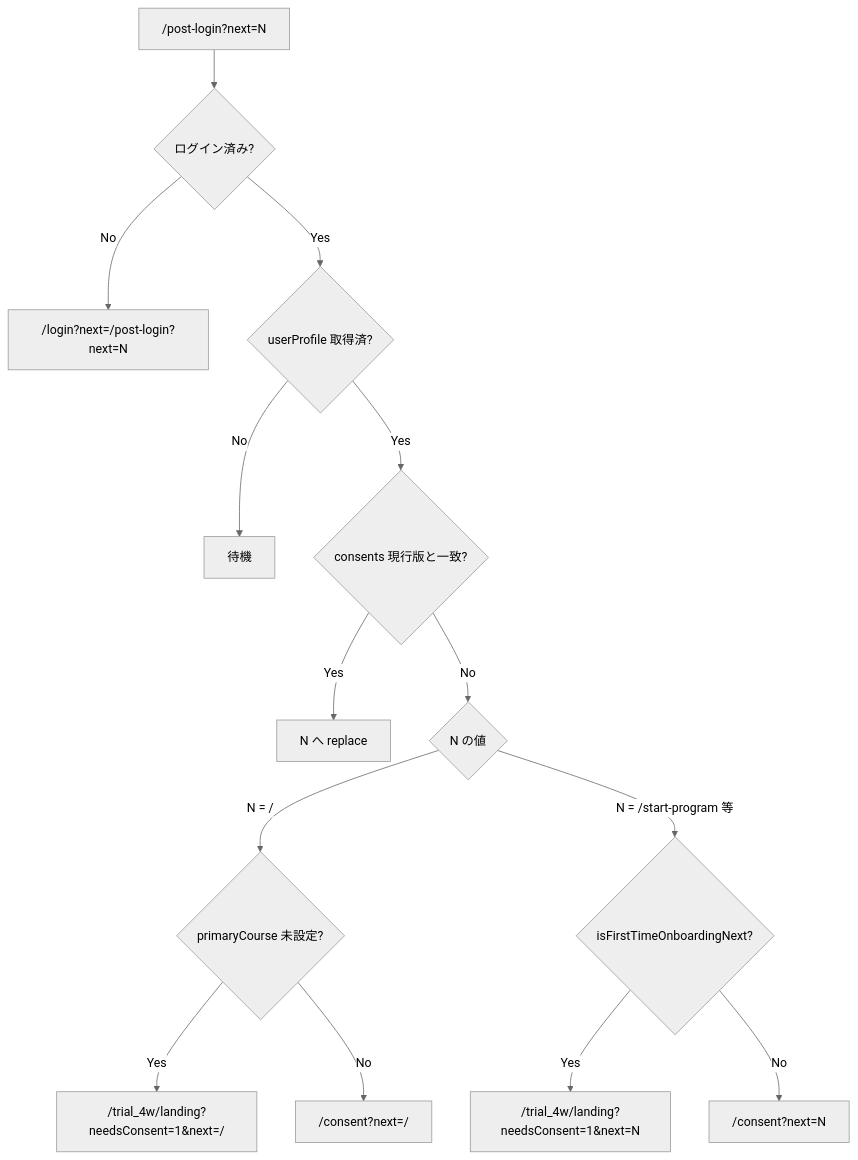
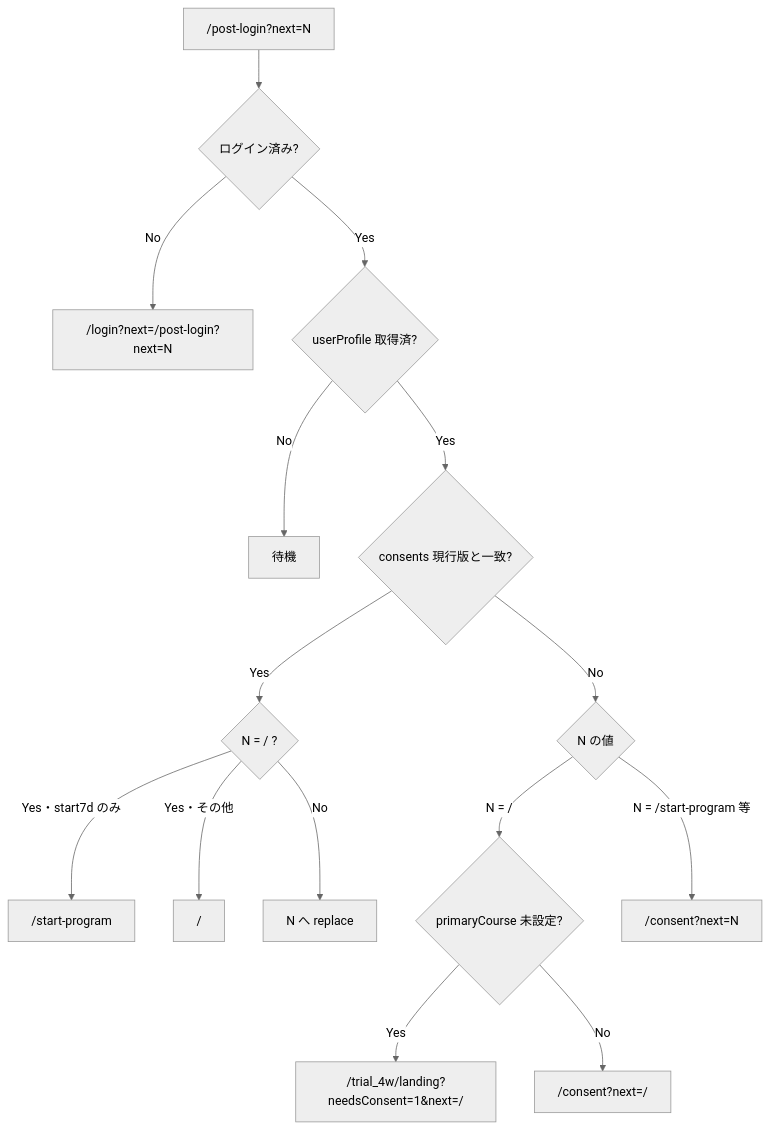
One commit to Tatsuro-Ikawa/project-02-manabiba changed the first of 15 diagrams in docs/manabiba_01/04_SUBSCRIPTION_STATE_TRANSITIONS.md. Above: the diagram before and after it, drawn with Mermaid (neutral theme). The commit also changed other lines of this file and 26 other files, not shown here.

````diff
--- a/docs/manabiba_01/04_SUBSCRIPTION_STATE_TRANSITIONS.md
+++ b/docs/manabiba_01/04_SUBSCRIPTION_STATE_TRANSITIONS.md
@@ -96,16 +157,17 @@
 ```mermaid
 flowchart TD
   START["/post-login?next=N"] --> A{ログイン済み?}
   A -->|No| LOGIN["/login?next=/post-login?next=N"]
   A -->|Yes| B{userProfile 取得済?}
   B -->|No| WAIT["待機"]
   B -->|Yes| C{consents 現行版と一致?}
-  C -->|Yes| DEST["N へ replace"]
+  C -->|Yes| RESOLVE{N = / ?}
+  RESOLVE -->|Yes・start7d のみ| START7D["/start-program"]
+  RESOLVE -->|Yes・その他| HOME["/"]
+  RESOLVE -->|No| DEST["N へ replace"]
   C -->|No| D{N の値}
   D -->|N = /| E{primaryCourse 未設定?}
   E -->|Yes| LAND_HOME["/trial_4w/landing?needsConsent=1&next=/"]
   E -->|No| CONSENT_HOME["/consent?next=/"]
-  D -->|N = /start-program 等| F{isFirstTimeOnboardingNext?}
-  F -->|Yes| LAND_COURSE["/trial_4w/landing?needsConsent=1&next=N"]
-  F -->|No| CONSENT_N["/consent?next=N"]
+  D -->|N = /start-program 等| CONSENT_N["/consent?next=N"]
 ```
````
